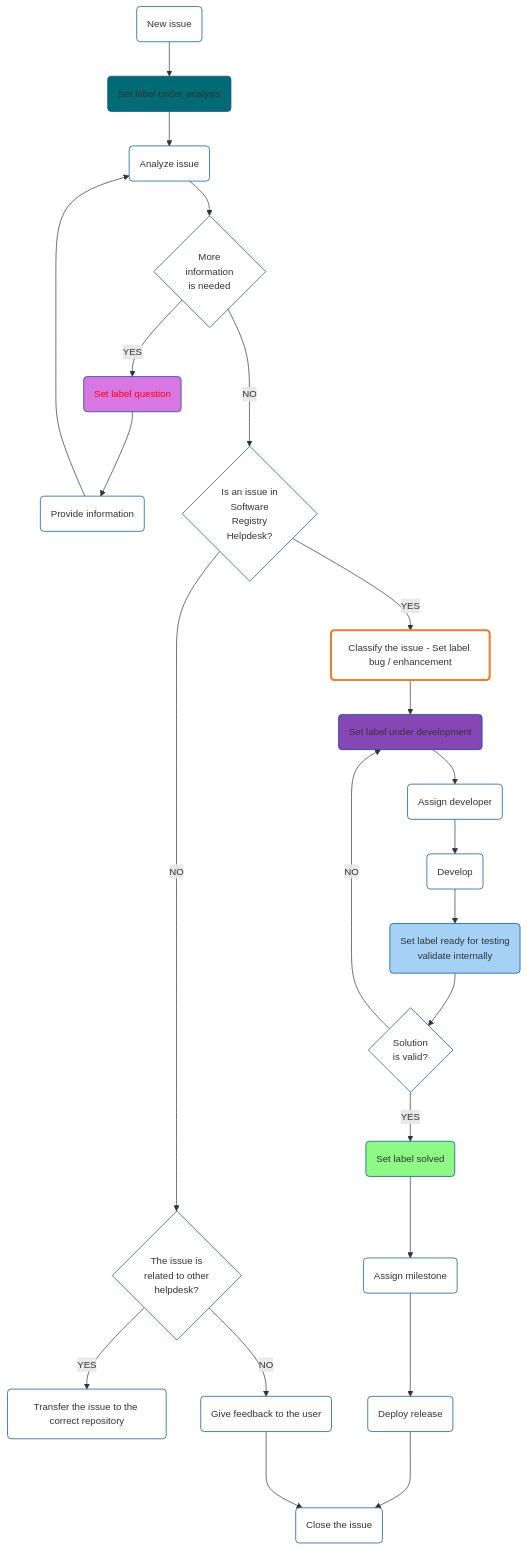
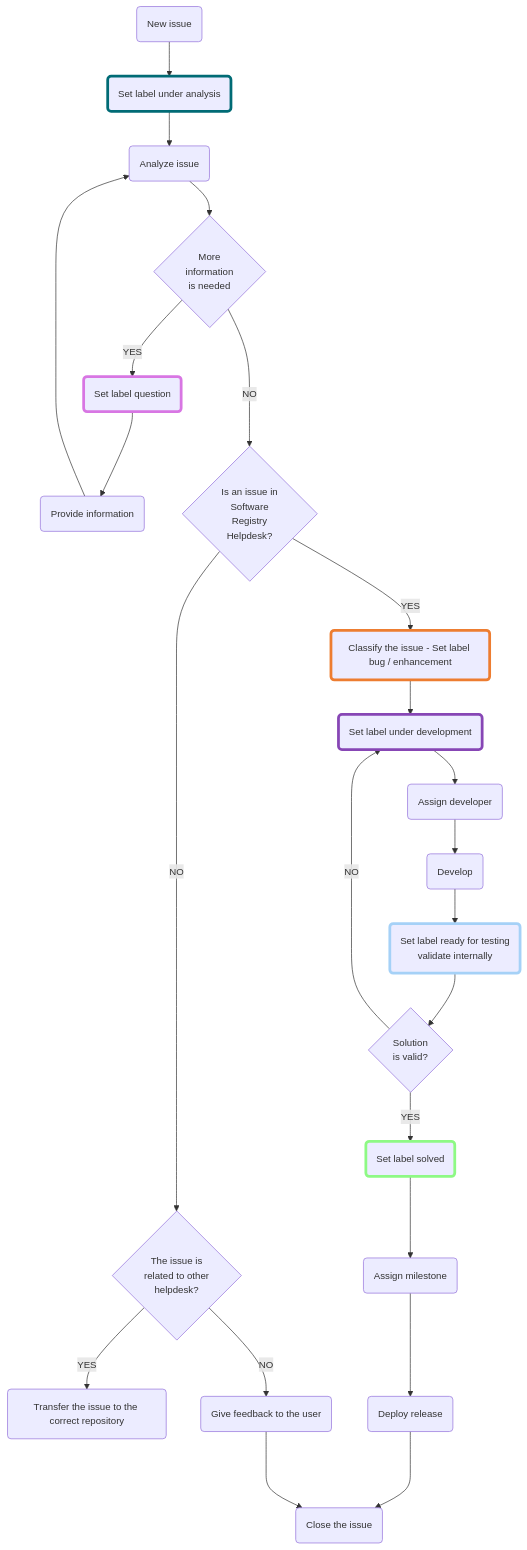
The diagram in helpdesk-management/README.md (ec-jrc/re3gistry), drawn with Mermaid before and after one commit.

````diff
--- a/helpdesk-management/README.md
+++ b/helpdesk-management/README.md
@@ -25,5 +25,5 @@
 ```mermaid
-%%{init: {"themeVariables": { "nodeBorder" : "#004990",    "mainBkg" : "#ffffff",    "nodeTextColor" : "#000000",    "fontFamily": "arial",    "fontSize": "14px" }}}%%
+%%{init: {"themeVariables": {"fontSize": "14px" }}}%%
 
 flowchart TD
 
@@ -32,7 +32,7 @@
 
 %% SET LABEL UNDER ANALYSIS [NODE]
 labelUnderAnalysis("Set label under analysis")
-style labelUnderAnalysis fill: #006b75
+style labelUnderAnalysis stroke-width:4px,stroke:#006b75
 
 %% ANALYZE ISSUE [NODE]
 analyzeIssue("Analyze issue")
@@ -42,7 +42,7 @@
 
 %% SET LABEL QUESTION [NODE]
 labelQuestion("Set label question")
-style labelQuestion fill: #d876e3, color:red;
+style labelQuestion stroke-width:4px,stroke:#d876e3
 
 %% PROVIDE INFORMATION [NODE]
 provideInformation("Provide information")
@@ -61,11 +61,11 @@
 
 %% CLASSIFY THE ISSUE ... [NODE]
 classifyIssue("Classify the issue - Set label bug / enhancement")
-style classifyIssue stroke: #ed7d31, stroke-width:3px
+style classifyIssue stroke-width:4px,stroke:#ed7d31
 
 %% SET LABEL UNDER DEVELOPMENT [NODE]
 labelUnderDev("Set label under development")
-style labelUnderDev fill: #8746b5
+style labelUnderDev stroke-width:4px,stroke:#8746b5
 
 %% ASSIGN DEVELOPER [NODE]
 assignDev("Assign developer")
@@ -75,14 +75,14 @@
 
 %% SET LABEL READY FOR TESTING VALIDATE INTERNALLY [NODE]
 labelTesting("Set label ready for testing \n validate internally")
-style labelTesting fill: #a5d1f7
+style labelTesting stroke-width:4px,stroke:#a5d1f7
 
 %% SOLUTION IS VALID? [RHOMBUS]
 rhombusValidSol{"Solution \n is valid?"}
 
 %% SET LABEL SOLVED [NODE]
 labelSolved("Set label solved")
-style labelSolved fill: #8ef984
+style labelSolved stroke-width:4px,stroke:#8ef984
 
 %% ASSIGN MILESTONE [NODE]
 assignMilestone("Assign milestone")
````
